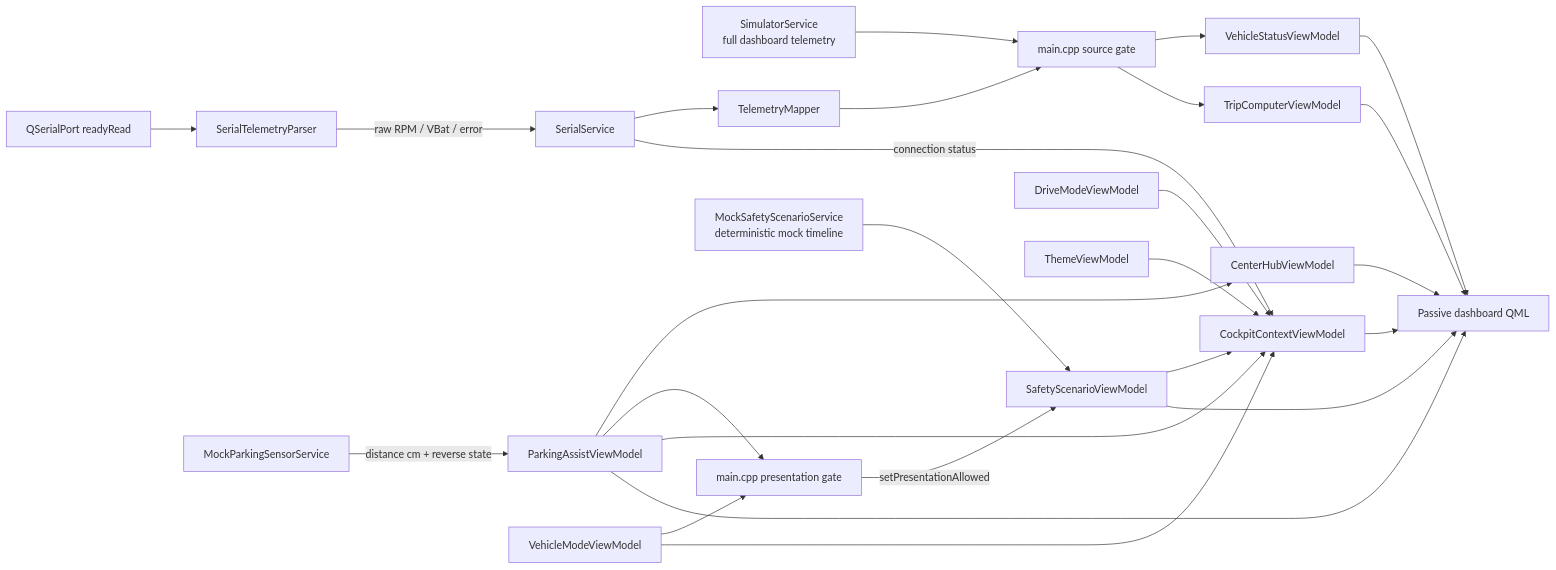
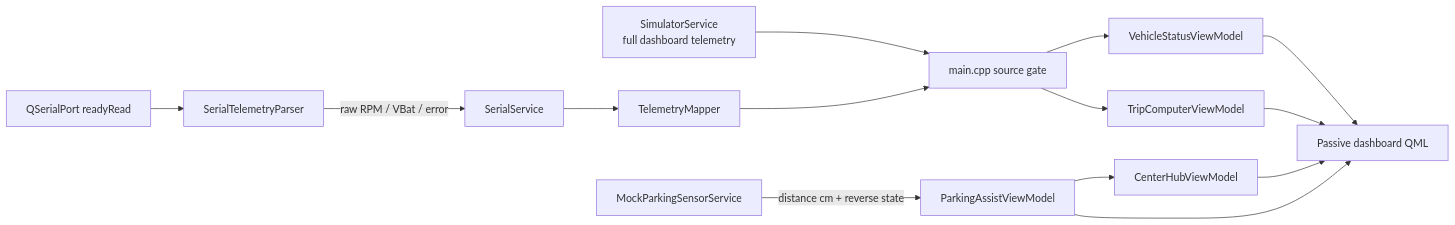
One commit to BUITANHUNG0411/CyberDash-STM32 changed the diagram in docs/architecture.md. Above: the diagram before and after it, drawn with Mermaid. The commit also changed other lines of this file and 70 other files, not shown here.

````diff
--- a/docs/architecture.md
+++ b/docs/architecture.md
@@ -40,28 +36,16 @@
 ```mermaid
 flowchart LR
     Simulator[SimulatorService<br/>full dashboard telemetry] --> Main[main.cpp source gate]
     Port[QSerialPort readyRead] --> Parser[SerialTelemetryParser]
     Parser -->|raw RPM / VBat / error| Serial[SerialService]
     Serial --> Mapper[TelemetryMapper]
     Mapper --> Main
     Main --> Status[VehicleStatusViewModel]
     Main --> Trip[TripComputerViewModel]
     ParkingSource[MockParkingSensorService] -->|distance cm + reverse state| Parking[ParkingAssistViewModel]
     Parking --> Hub[CenterHubViewModel]
-    VehicleMode[VehicleModeViewModel] --> SafetyGate[main.cpp presentation gate]
-    Parking --> SafetyGate
-    SafetyGate -->|setPresentationAllowed| Safety[SafetyScenarioViewModel]
-    SafetySource[MockSafetyScenarioService<br/>deterministic mock timeline] --> Safety
-    VehicleMode --> Cockpit[CockpitContextViewModel]
-    DriveMode[DriveModeViewModel] --> Cockpit
-    Theme[ThemeViewModel] --> Cockpit
-    Serial -->|connection status| Cockpit
-    Parking --> Cockpit
-    Safety --> Cockpit
     Status --> DashboardQML[Passive dashboard QML]
     Trip --> DashboardQML
     Hub --> DashboardQML
     Parking --> DashboardQML
-    Safety --> DashboardQML
-    Cockpit --> DashboardQML
 ```
````
